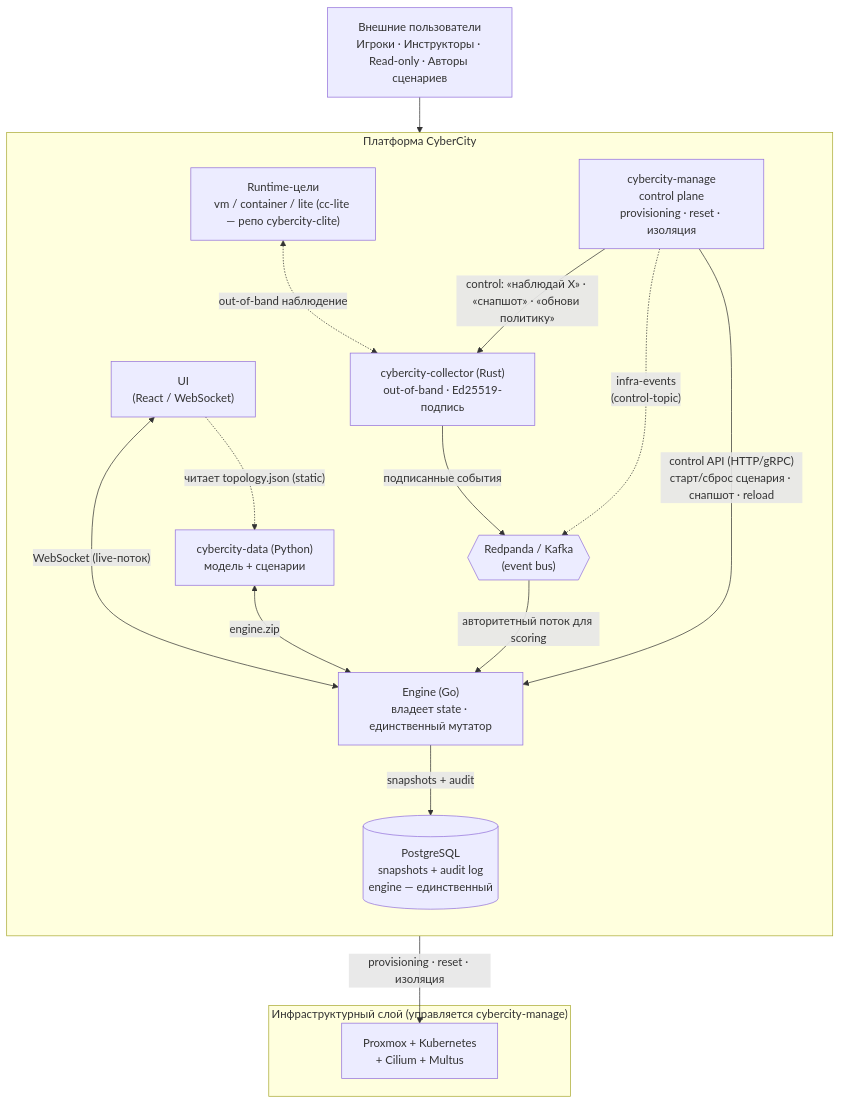
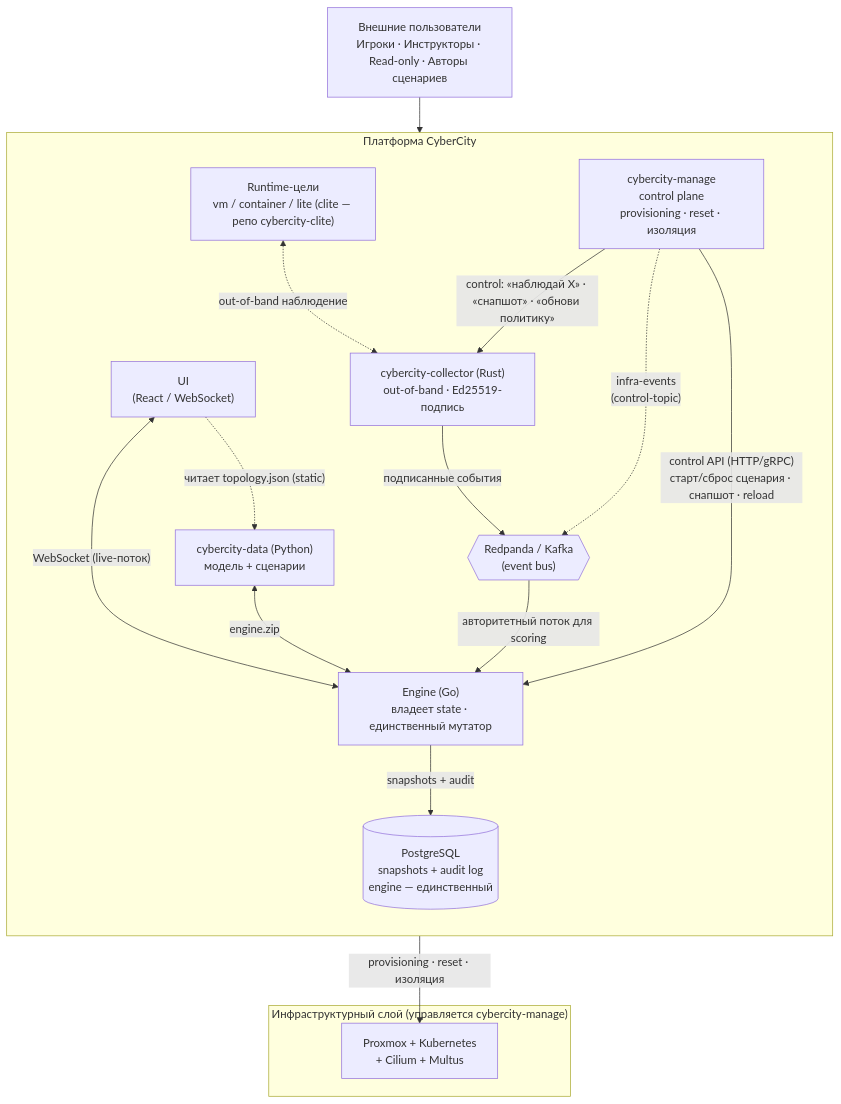
One commit to TheCipherKeeper/cybercity changed the first of 2 diagrams in ARCHITECTURE.md. Above: the diagram before and after it, drawn with Mermaid. The commit also changed other lines of this file and 6 other files, not shown here.

First line of the commit message:
docs: добавить DATA_FLOW + сетевую топологию, переименовать cc-lite→clite

````diff
--- a/ARCHITECTURE.md
+++ b/ARCHITECTURE.md
@@ -10,37 +12,37 @@
 ```mermaid
 flowchart TB
     Users["Внешние пользователи<br/>Игроки · Инструкторы · Read-only · Авторы сценариев"]
 
     subgraph Platform["Платформа CyberCity"]
         direction TB
         UI["UI<br/>(React / WebSocket)"]
         Engine["Engine (Go)<br/>владеет state · единственный мутатор"]
         Data["cybercity-data (Python)<br/>модель + сценарии"]
         PG[("PostgreSQL<br/>snapshots + audit log<br/>engine — единственный")]
         Bus{{"Redpanda / Kafka<br/>(event bus)"}}
         Collector["cybercity-collector (Rust)<br/>out-of-band · Ed25519-подпись"]
         Manage["cybercity-manage<br/>control plane<br/>provisioning · reset · изоляция"]
-        Runtime["Runtime-цели<br/>vm / container / lite (cc-lite — репо cybercity-clite)"]
+        Runtime["Runtime-цели<br/>vm / container / lite (clite — репо cybercity-clite)"]
     end
 
     Users --> UI
 
     UI <-->|"WebSocket (live-поток)"| Engine
     UI -.->|"читает topology.json (static)"| Data
     Data <-->|"engine.zip"| Engine
 
     Engine -->|"snapshots + audit"| PG
 
     Runtime <-.->|"out-of-band наблюдение"| Collector
     Collector -->|"подписанные события"| Bus
     Bus -->|"авторитетный поток для scoring"| Engine
 
     Manage -->|"control API (HTTP/gRPC)<br/>старт/сброс сценария · снапшот · reload"| Engine
     Manage -.->|"infra-events<br/>(control-topic)"| Bus
     Manage -->|"control: «наблюдай X» · «снапшот» · «обнови политику»"| Collector
     Manage -->|"provisioning · reset · изоляция"| InfraHosts
 
     subgraph InfraLayer["Инфраструктурный слой (управляется cybercity-manage)"]
         InfraHosts["Proxmox + Kubernetes<br/>+ Cilium + Multus"]
     end
 ```
````
